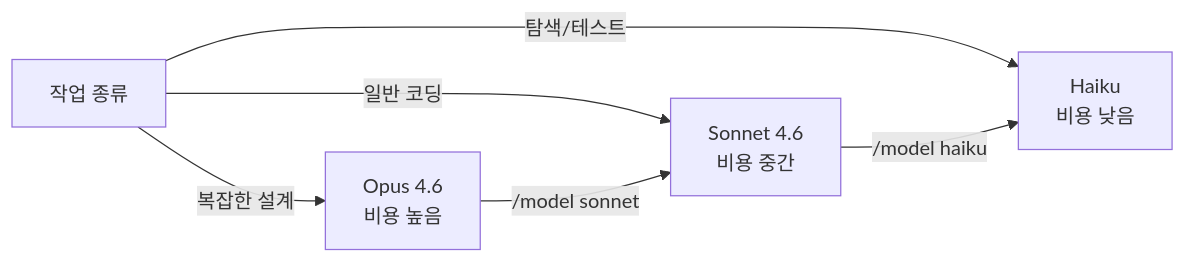
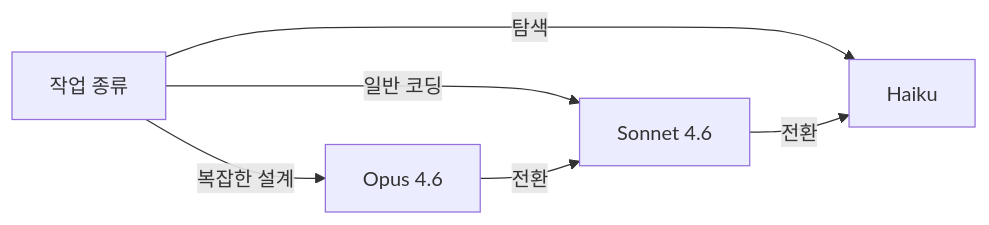
One commit to ice-ice-bear/ice-ice-bear.github.io changed the second of 3 diagrams in content/posts/2026-03-03-claude-code-token-optimization.md. Above: the diagram before and after it, drawn with Mermaid. The commit also changed other lines of this file and 1 other file, not shown here.

First line of the commit message:
Simplify mermaid diagrams to fix rendering

````diff
--- a/content/posts/2026-03-03-claude-code-token-optimization.md
+++ b/content/posts/2026-03-03-claude-code-token-optimization.md
@@ -99,9 +92,8 @@
 ```mermaid
 graph LR
-    Task[작업 종류] -->|복잡한 설계| Opus["Opus 4.6<br/>비용 높음"]
-    Task -->|일반 코딩| Sonnet["Sonnet 4.6<br/>비용 중간"]
-    Task -->|탐색/테스트| Haiku["Haiku<br/>비용 낮음"]
-
-    Opus -->|/model sonnet| Sonnet
-    Sonnet -->|/model haiku| Haiku
+    Task[작업 종류] -->|복잡한 설계| Opus[Opus 4.6]
+    Task -->|일반 코딩| Sonnet[Sonnet 4.6]
+    Task -->|탐색| Haiku[Haiku]
+    Opus -->|전환| Sonnet
+    Sonnet -->|전환| Haiku
 ```
````
